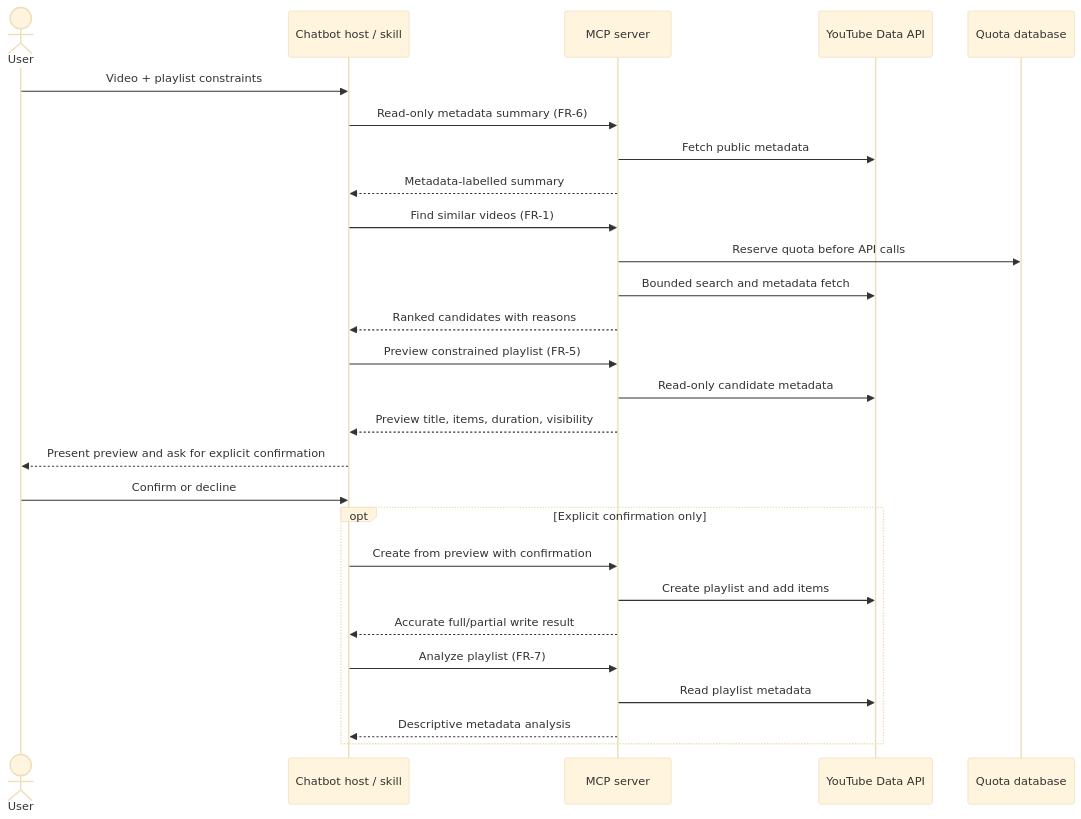
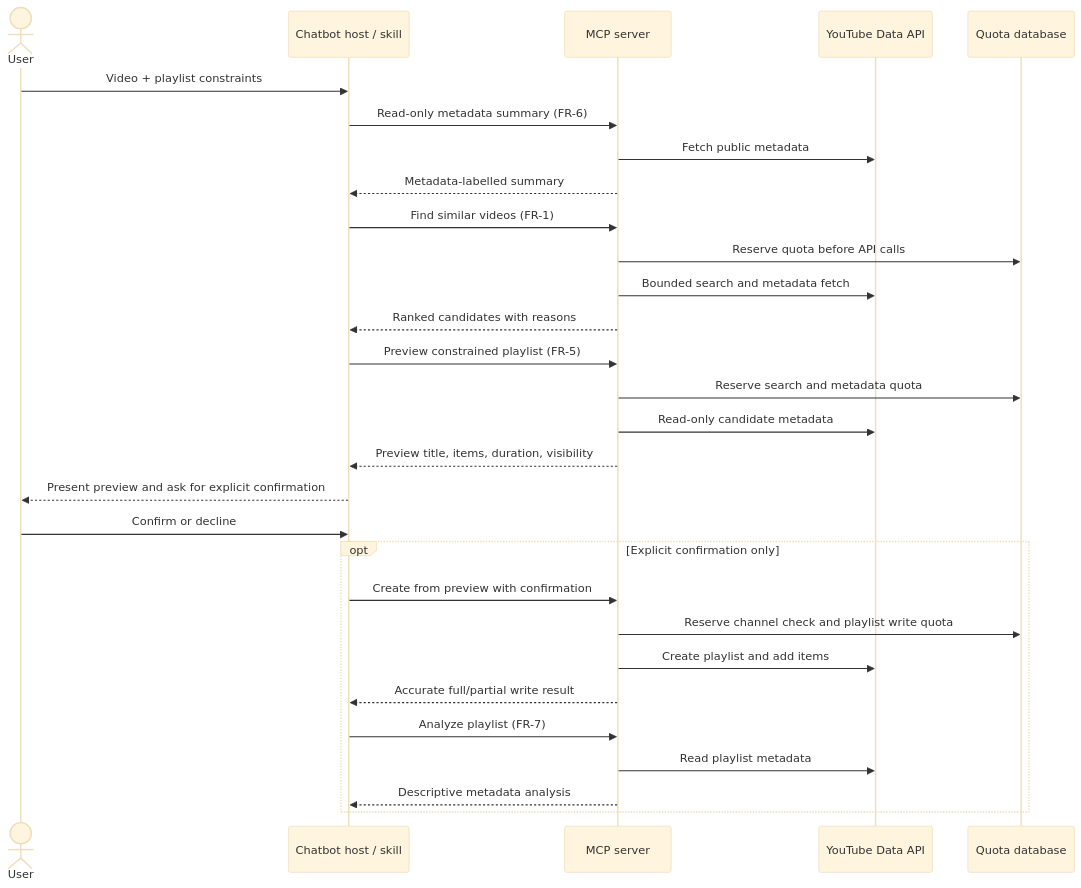
The second of 3 diagrams in docs/architecture/architecture.md (Tharunqi/Yt_MCP), drawn with Mermaid (base theme) before and after one commit. The commit also changed other lines of this file and 24 other files, not shown here.

Commit message:
Added second brain files,minor improvements to FR4 and FR5 quota checks and usage limits, and added er/uml/data-flow diagrams

````diff
--- a/docs/architecture/architecture.md
+++ b/docs/architecture/architecture.md
@@ -44,29 +44,31 @@
 ```mermaid
 sequenceDiagram
     actor User
     participant Host as Chatbot host / skill
     participant MCP as MCP server
     participant API as YouTube Data API
     participant DB as Quota database
     User->>Host: Video + playlist constraints
     Host->>MCP: Read-only metadata summary (FR-6)
     MCP->>API: Fetch public metadata
     MCP-->>Host: Metadata-labelled summary
     Host->>MCP: Find similar videos (FR-1)
     MCP->>DB: Reserve quota before API calls
     MCP->>API: Bounded search and metadata fetch
     MCP-->>Host: Ranked candidates with reasons
     Host->>MCP: Preview constrained playlist (FR-5)
+    MCP->>DB: Reserve search and metadata quota
     MCP->>API: Read-only candidate metadata
     MCP-->>Host: Preview title, items, duration, visibility
     Host-->>User: Present preview and ask for explicit confirmation
     User->>Host: Confirm or decline
     opt Explicit confirmation only
       Host->>MCP: Create from preview with confirmation
+      MCP->>DB: Reserve channel check and playlist write quota
       MCP->>API: Create playlist and add items
       MCP-->>Host: Accurate full/partial write result
       Host->>MCP: Analyze playlist (FR-7)
       MCP->>API: Read playlist metadata
       MCP-->>Host: Descriptive metadata analysis
     end
 ```
````
